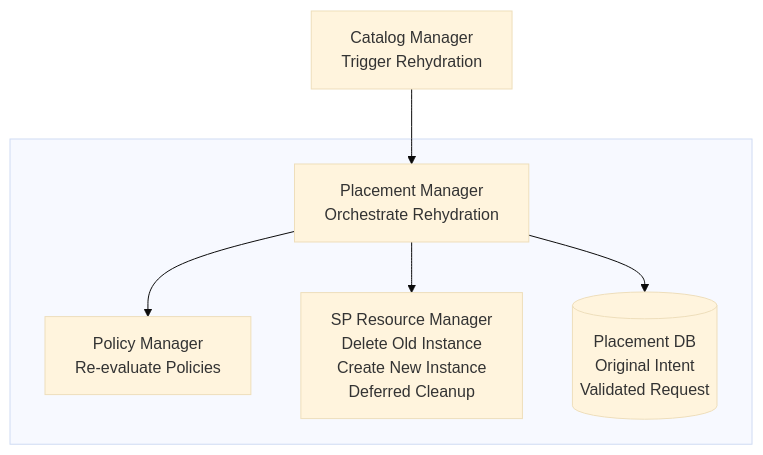
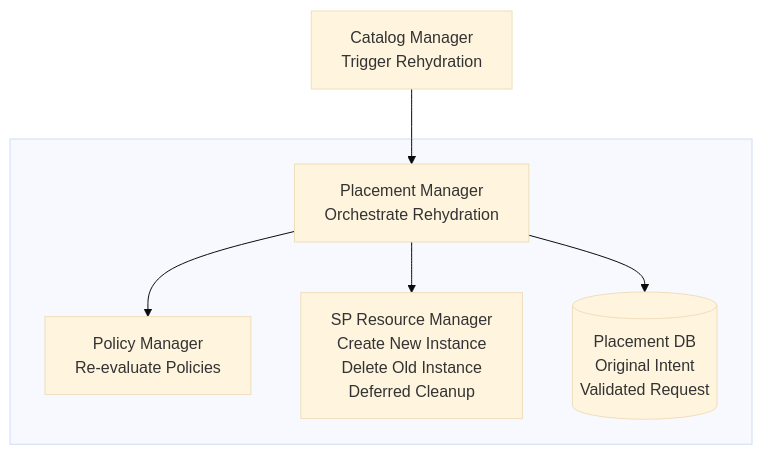
Before and after one commit to dcm-project/enhancements: the first of 4 diagrams in enhancements/rehydration-flow/rehydration-flow.md, drawn with Mermaid (base theme). The commit also changed other lines of this file, not shown here.

First line of the commit message:
docs(rehydration-flow): create-before-delete with separate InstanceIDs

````diff
--- a/enhancements/rehydration-flow/rehydration-flow.md
+++ b/enhancements/rehydration-flow/rehydration-flow.md
@@ -77,19 +91,19 @@
 ```mermaid
 flowchart TD
     CM["Catalog Manager<br/>Trigger Rehydration"]
 
     subgraph DCM_Core [" "]
         PM["Placement Manager<br/>Orchestrate Rehydration"]
 
         PE["Policy Manager<br/>Re-evaluate Policies"]
 
-        SPRM["SP Resource Manager<br/>Delete Old Instance<br/>Create New Instance<br/>Deferred Cleanup"]
+        SPRM["SP Resource Manager<br/>Create New Instance<br/>Delete Old Instance<br/>Deferred Cleanup"]
 
         PM_DB[("Placement DB<br/>Original Intent<br/>Validated Request")]
     end
 
     CM --> PM
     PM --> PM_DB
     PM --> PE
     PM --> SPRM
 ```
````
